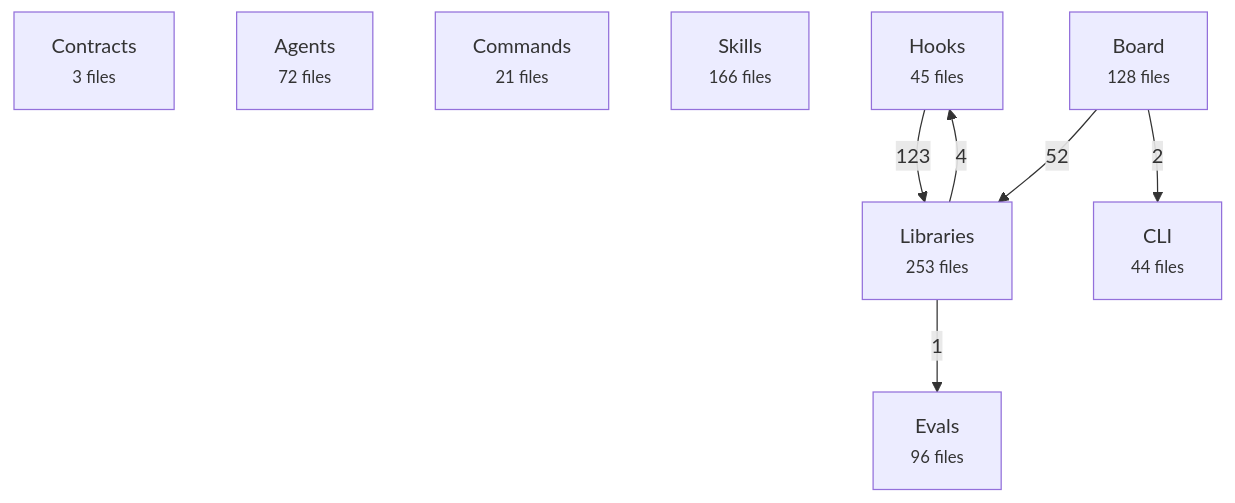
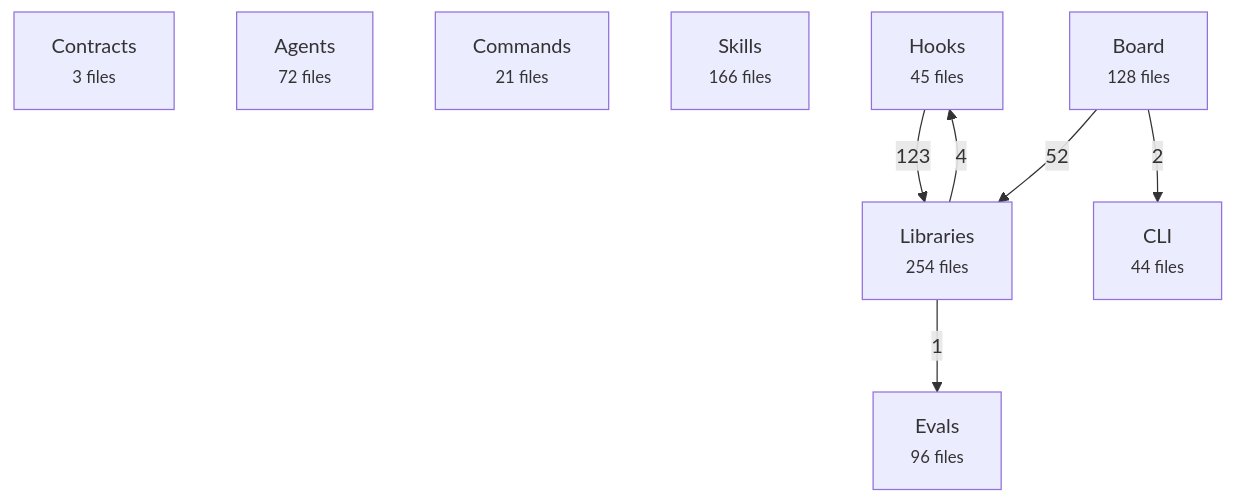
The first of 2 diagrams in docs/reference/architecture-map.md (avelikiy/great_cto), drawn with Mermaid before and after one commit. The commit also changed other lines of this file and 3 other files, not shown here.

````diff
--- a/docs/reference/architecture-map.md
+++ b/docs/reference/architecture-map.md
@@ -20,17 +20,17 @@
 ```mermaid
 flowchart TD
   contracts["Contracts<br/><small>3 files</small>"]
   agents["Agents<br/><small>72 files</small>"]
   commands["Commands<br/><small>21 files</small>"]
   skills["Skills<br/><small>166 files</small>"]
   hooks["Hooks<br/><small>45 files</small>"]
-  libs["Libraries<br/><small>253 files</small>"]
+  libs["Libraries<br/><small>254 files</small>"]
   board["Board<br/><small>128 files</small>"]
   cli["CLI<br/><small>44 files</small>"]
   evals["Evals<br/><small>96 files</small>"]
   hooks -->|123| libs
   board -->|52| libs
   libs -->|4| hooks
   board -->|2| cli
   libs -->|1| evals
 ```
````
